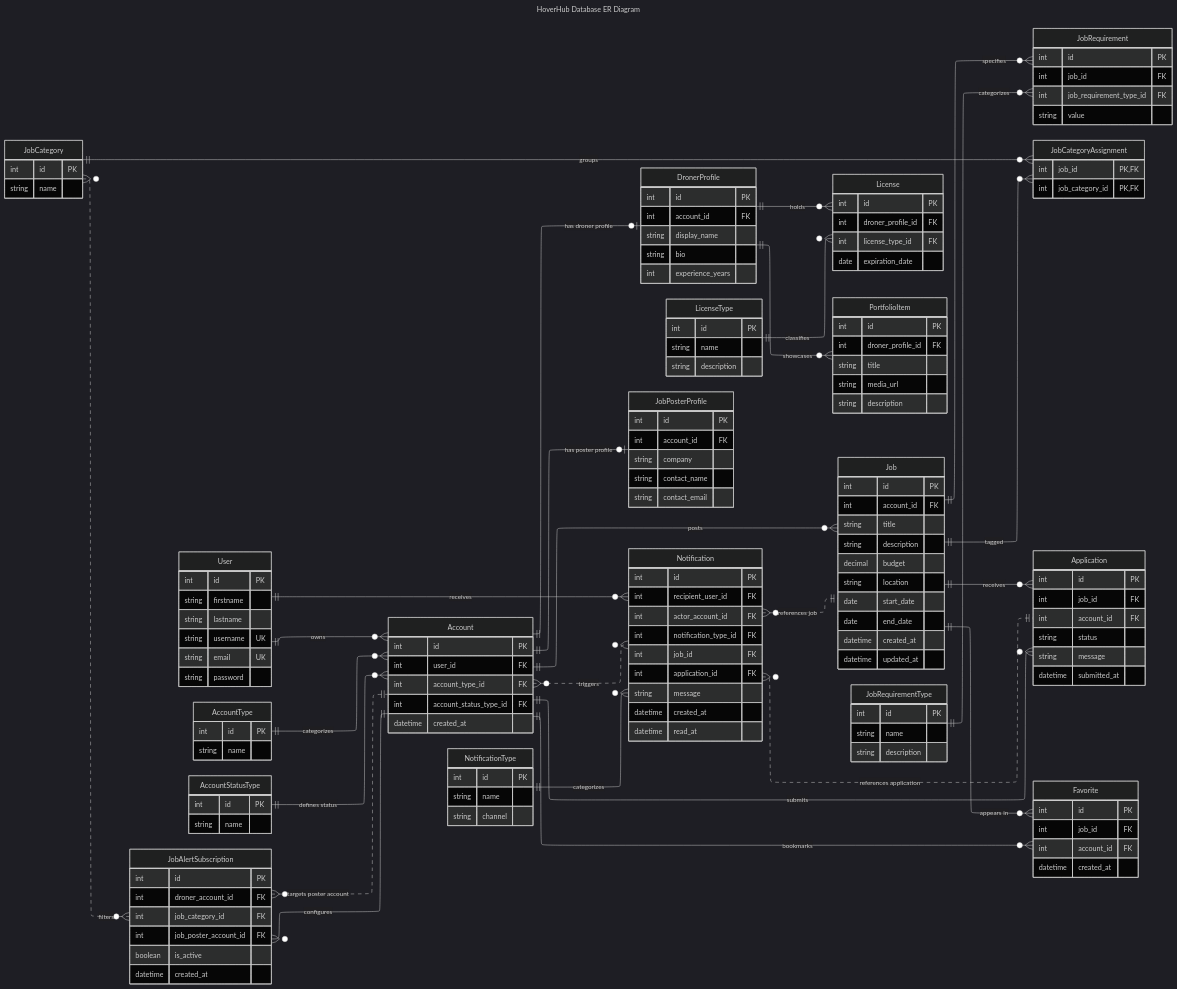
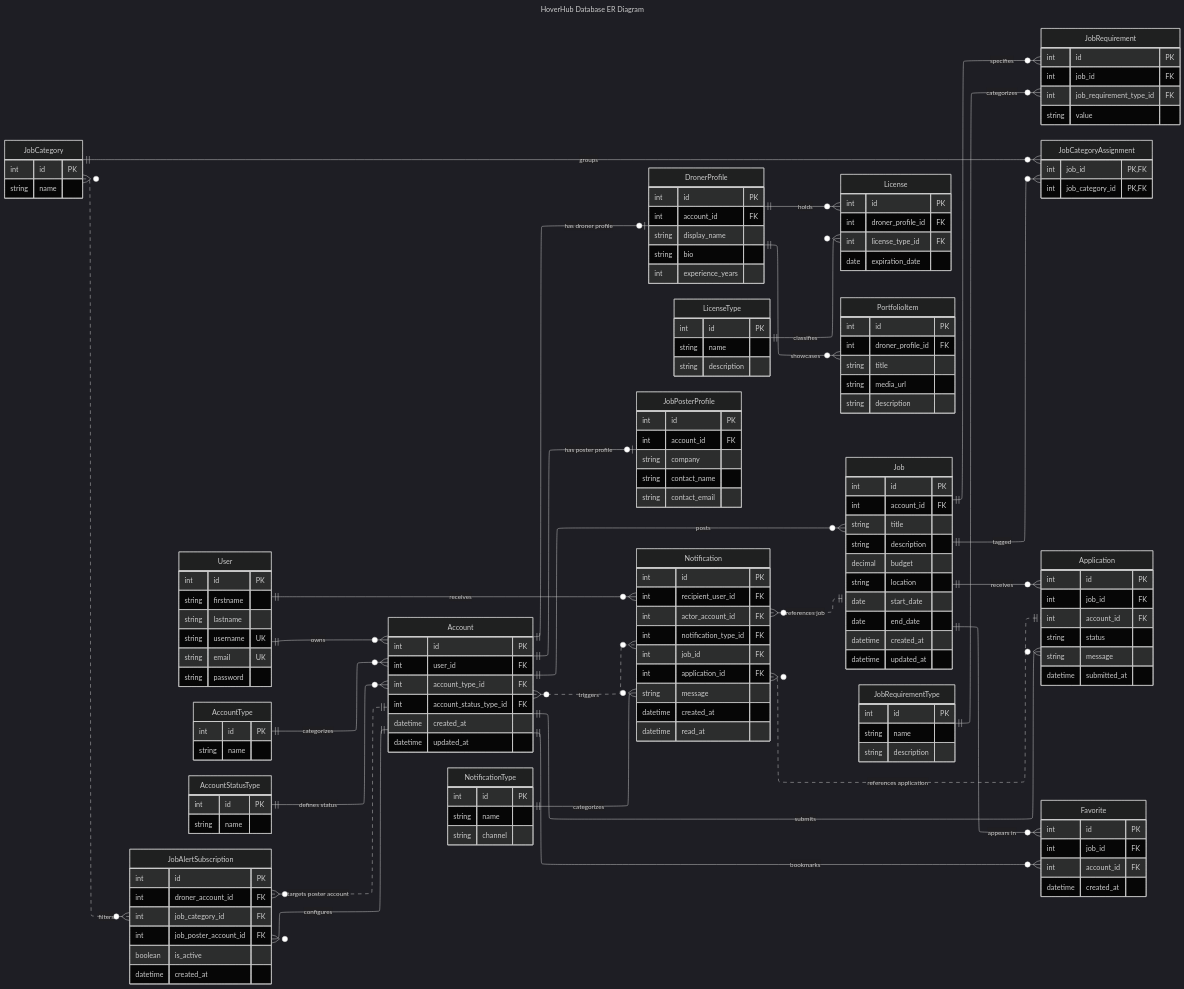
Before and after one commit to matias-raina/hoverhub-core: the diagram in docs/diagrams/db_der.mermaid, drawn with Mermaid (dark theme).

Commit message:
Add missing 'updated_at' field to Account entity in ER diagram

```diff
--- a/docs/diagrams/db_der.mermaid
+++ b/docs/diagrams/db_der.mermaid
@@ -1,176 +1,177 @@
 ---
 title: HoverHub Database ER Diagram
 config:
   layout: elk
 ---
 erDiagram
     direction LR
 
     User {
         int id PK
         string firstname
         string lastname
         string username UK
         string email UK
         string password
     }
 
     AccountType {
         int id PK
         string name
     }
 
     AccountStatusType {
         int id PK
         string name
     }
 
     Account {
         int id PK
         int user_id FK
         int account_type_id FK
         int account_status_type_id FK
         datetime created_at
+        datetime updated_at
     }
 
     DronerProfile {
         int id PK
         int account_id FK
         string display_name
         string bio
         int experience_years
     }
 
     License {
         int id PK
         int droner_profile_id FK
         int license_type_id FK
         date expiration_date
     }
 
     LicenseType {
         int id PK
         string name
         string description
     }
 
     PortfolioItem {
         int id PK
         int droner_profile_id FK
         string title
         string media_url
         string description
     }
 
     JobPosterProfile {
         int id PK
         int account_id FK
         string company
         string contact_name
         string contact_email
     }
 
     Job {
         int id PK
         int account_id FK
         string title
         string description
         decimal budget
         string location
         date start_date
         date end_date
         datetime created_at
         datetime updated_at
     }
 
     JobRequirement {
         int id PK
         int job_id FK
         int job_requirement_type_id FK
         string value
     }
 
     JobRequirementType {
         int id PK
         string name
         string description
     }
 
     JobCategory {
         int id PK
         string name
     }
 
     JobCategoryAssignment {
         int job_id PK, FK
         int job_category_id PK, FK
     }
 
     Application {
         int id PK
         int job_id FK
         int account_id FK
         string status
         string message
         datetime submitted_at
     }
 
     Favorite {
         int id PK
         int job_id FK
         int account_id FK
         datetime created_at
     }
 
     Notification {
         int id PK
         int recipient_user_id FK
         int actor_account_id FK
         int notification_type_id FK
         int job_id FK
         int application_id FK
         string message
         datetime created_at
         datetime read_at
     }
 
     NotificationType {
         int id PK
         string name
         string channel
     }
 
     JobAlertSubscription {
         int id PK
         int droner_account_id FK
         int job_category_id FK
         int job_poster_account_id FK
         boolean is_active
         datetime created_at
     }
 
     User ||--o{ Account : "owns"
     AccountType ||--o{ Account : "categorizes"
     AccountStatusType ||--o{ Account : "defines status"
     Account ||--o| DronerProfile : "has droner profile"
     Account ||--o| JobPosterProfile : "has poster profile"
     DronerProfile ||--o{ License : "holds"
     LicenseType ||--o{ License : "classifies"
     DronerProfile ||--o{ PortfolioItem : "showcases"
     Account ||--o{ Job : "posts"
     Job ||--o{ JobRequirement : "specifies"
     JobRequirementType ||--o{ JobRequirement : "categorizes"
     Job ||--o{ Application : "receives"
     Account ||--o{ Application : "submits"
     Account ||--o{ Favorite : "bookmarks"
     Job ||--o{ Favorite : "appears in"
     Job ||--o{ JobCategoryAssignment : "tagged"
     JobCategory ||--o{ JobCategoryAssignment : "groups"
     User ||--o{ Notification : "receives"
     Account }o..o{ Notification : "triggers"
     NotificationType ||--o{ Notification : "categorizes"
     Notification }o..|| Application : "references application"
     Notification }o..|| Job : "references job"
     Account ||--o{ JobAlertSubscription : "configures"
     JobCategory }o..o{ JobAlertSubscription : "filters"
     JobAlertSubscription }o..|| Account : "targets poster account"
```
